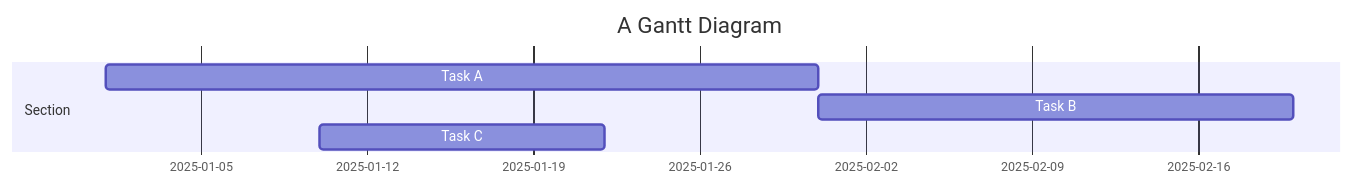
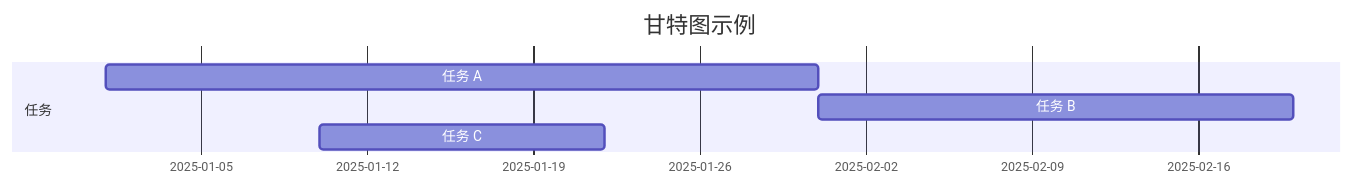
The first of 2 diagrams in _posts/2018-12-22-distill.md (Cresc3nt/Cresc3nt.github.io), drawn with Mermaid before and after one commit. The commit also changed other lines of this file and 17 other files, not shown here.

````diff
--- a/_posts/2018-12-22-distill.md
+++ b/_posts/2018-12-22-distill.md
@@ -216,10 +215,10 @@
 ```mermaid
 gantt
     dateFormat  YYYY-MM-DD
-    title A Gantt Diagram
+    title 甘特图示例
 
-    section Section
-    Task A           :a1, 2025-01-01, 30d
-    Task B           :after a1, 20d
-    Task C           :2025-01-10, 12d
+    section 任务
+    任务 A           :a1, 2025-01-01, 30d
+    任务 B           :after a1, 20d
+    任务 C           :2025-01-10, 12d
 ```
````
